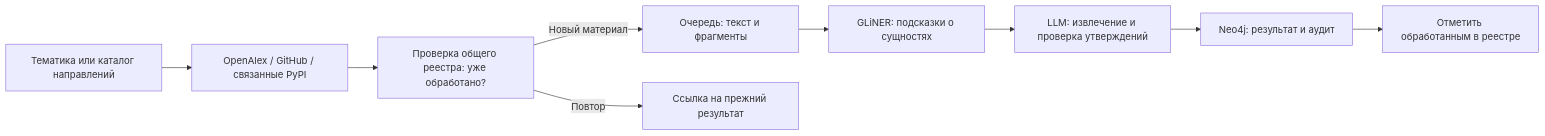
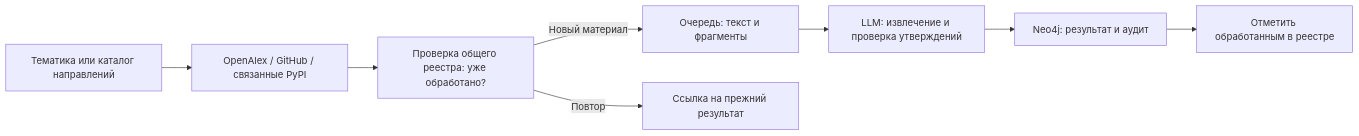
Before and after one commit to Pesimistixxx/LCTrendSearch: the diagram in frontend/README.md, drawn with Mermaid. The commit also changed other lines of this file and 134 other files, not shown here.

````diff
--- a/frontend/README.md
+++ b/frontend/README.md
@@ -148,11 +151,10 @@
 ```mermaid
 flowchart LR
     D[Тематика или каталог направлений] --> S[OpenAlex / GitHub / связанные PyPI]
     S --> Q[Проверка общего реестра: уже обработано?]
     Q -->|Новый материал| T[Очередь: текст и фрагменты]
     Q -->|Повтор| K[Ссылка на прежний результат]
-    T --> G[GLiNER: подсказки о сущностях]
-    G --> L[LLM: извлечение и проверка утверждений]
+    T --> L[LLM: извлечение и проверка утверждений]
     L --> N[Neo4j: результат и аудит]
     N --> P[Отметить обработанным в реестре]
 ```
````
